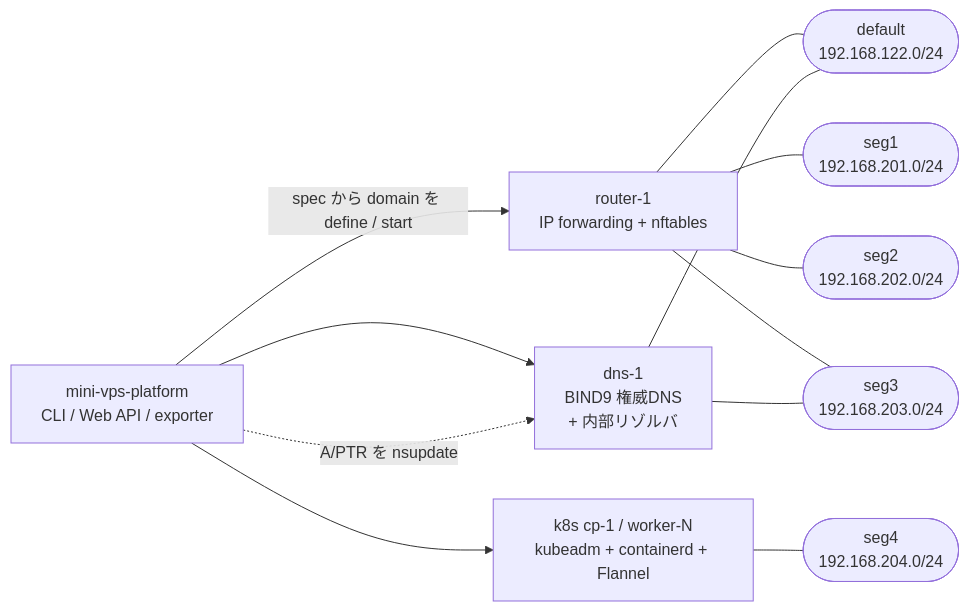
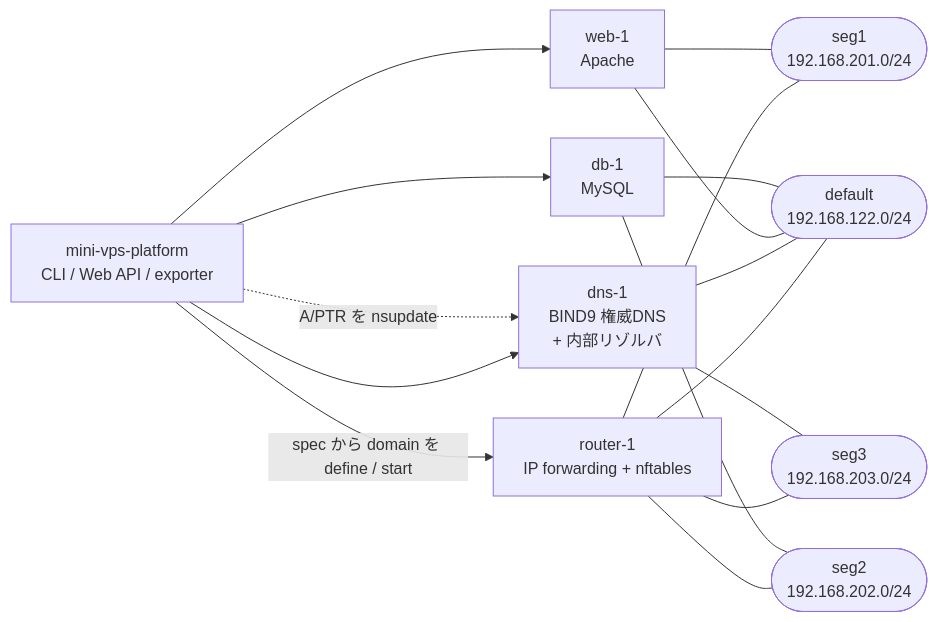
Before and after one commit to 0x69d/mini-vps-platform: the first of 2 diagrams in README.md, drawn with Mermaid. The commit also changed other lines of this file and 2 other files, not shown here.

````diff
--- a/README.md
+++ b/README.md
@@ -46,27 +46,31 @@
 ```mermaid
 flowchart LR
     PLAT["mini-vps-platform<br/>CLI / Web API / exporter"]
 
     DEF(["default<br/>192.168.122.0/24"])
     S1(["seg1<br/>192.168.201.0/24"])
     S2(["seg2<br/>192.168.202.0/24"])
     S3(["seg3<br/>192.168.203.0/24"])
-    S4(["seg4<br/>192.168.204.0/24"])
 
     R["router-1<br/>IP forwarding + nftables"]
     D1["dns-1<br/>BIND9 権威DNS<br/>+ 内部リゾルバ"]
-    K["k8s cp-1 / worker-N<br/>kubeadm + containerd + Flannel"]
+    W["web-1<br/>Apache"]
+    D2["db-1<br/>MySQL"]
 
     PLAT -->|"spec から domain を define / start"| R
     PLAT --> D1
-    PLAT --> K
+    PLAT --> W
+    PLAT --> D2
     PLAT -.->|"A/PTR を nsupdate"| D1
 
     R --- DEF
     R --- S1
     R --- S2
     R --- S3
     D1 --- DEF
     D1 --- S3
-    K --- S4
+    W --- DEF
+    W --- S1
+    D2 --- DEF
+    D2 --- S2
 ```
````
